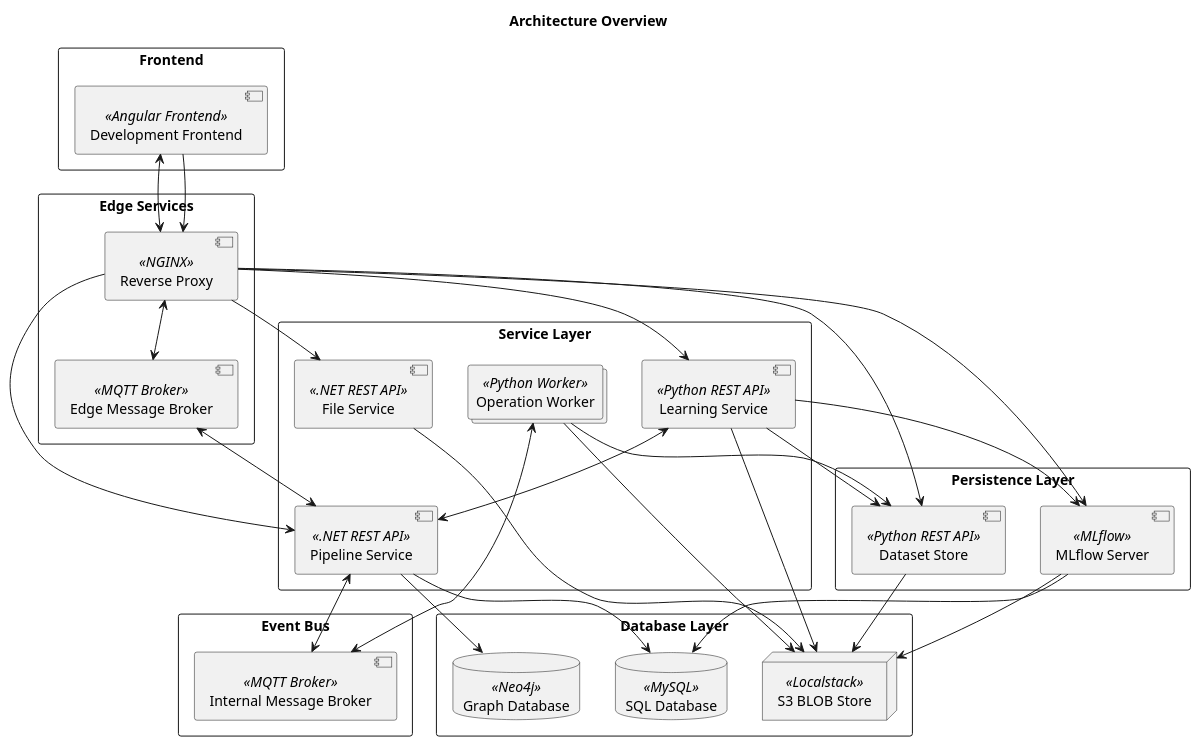
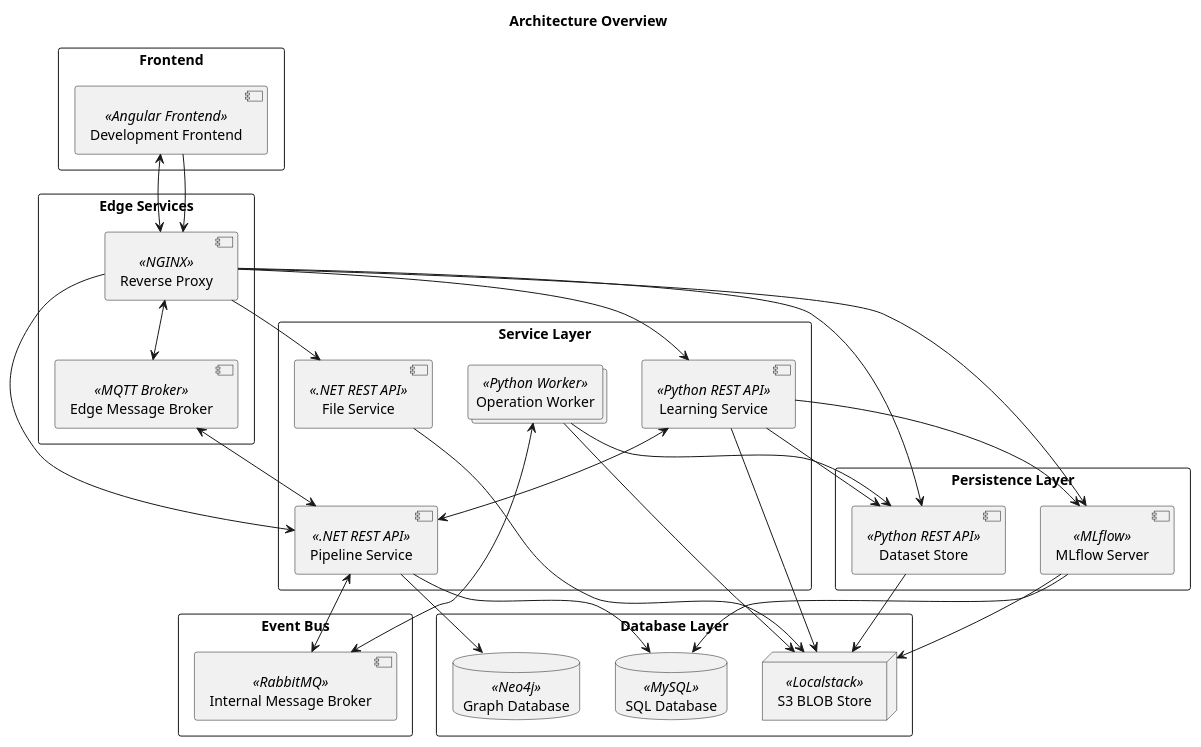
One commit to project-hanse/prototype-a changed the diagram in docs/architecture/overview.puml. Above: the diagram before and after it, drawn with PlantUML. The commit also changed 3 other files, not shown here.

First line of the commit message:
chore: add rabbit mq as internal message broker

```diff
--- a/docs/architecture/overview.puml
+++ b/docs/architecture/overview.puml
@@ -1,76 +1,76 @@
 @startuml
 'https://plantuml.com/deployment-diagram
 
 title "Architecture Overview"
 
 'Definitions'
 
 rectangle "Frontend" {
     component "Development Frontend" << Angular Frontend >> as development_frontend
 }
 
 rectangle "Edge Services" {
     component "Reverse Proxy" << NGINX >> as reverse_proxy
     component "Edge Message Broker" << MQTT Broker >> as message_broker_edge
 }
 
 rectangle "Event Bus" {
-    component "Internal Message Broker" << MQTT Broker >> as message_broker_internal
+    component "Internal Message Broker" << RabbitMQ >> as message_broker_internal
 }
 
 rectangle "Service Layer" {
     component "Pipeline Service" << .NET REST API >> as pipeline_service
     collections  "Operation Worker" <<Python Worker>> as worker
     component "Learning Service" << Python REST API >> as learning_service
     component "File Service" << .NET REST API >> as file_service
 }
 
 rectangle "Persistence Layer" {
     component "Dataset Store" << Python REST API >> as dataset_store
     component "MLflow Server" << MLflow >> as mlflow_server
 }
 
 rectangle "Database Layer" {
     database "Graph Database" << Neo4j >> as graph_db
     node "S3 BLOB Store" << Localstack >> as blob_store
     'database #line.dashed "Dataset Database" << MongoDB >> as dataset_db
     database "SQL Database" << MySQL >> as mysql_db
 }
 
 'Interaction'
 
 development_frontend <--> reverse_proxy
 development_frontend --> reverse_proxy
 
 reverse_proxy --> pipeline_service
 reverse_proxy --> learning_service
 reverse_proxy --> file_service
 reverse_proxy <--> message_broker_edge
 'TODO: This connection should no longer exist'
 reverse_proxy --> dataset_store
 reverse_proxy --> mlflow_server
 
 learning_service --> mlflow_server
 learning_service --> dataset_store
 learning_service <--> pipeline_service
 learning_service --> blob_store
 
 pipeline_service --> graph_db
 pipeline_service <--> message_broker_internal
 pipeline_service <--> message_broker_edge
 pipeline_service --> mysql_db
 
 'dataset_store --> dataset_db
 'TODO: Default files should be seeded from file service PH-213'
 dataset_store --> blob_store
 
 file_service --> blob_store
 
 mlflow_server --> mysql_db
 mlflow_server --> blob_store
 
 worker --> dataset_store
 worker --> blob_store
 worker <--> message_broker_internal
 
 @enduml
```
